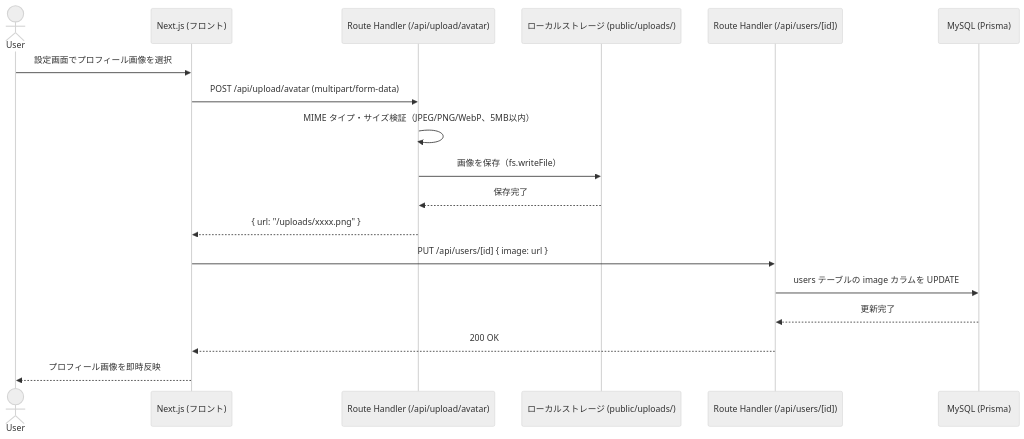
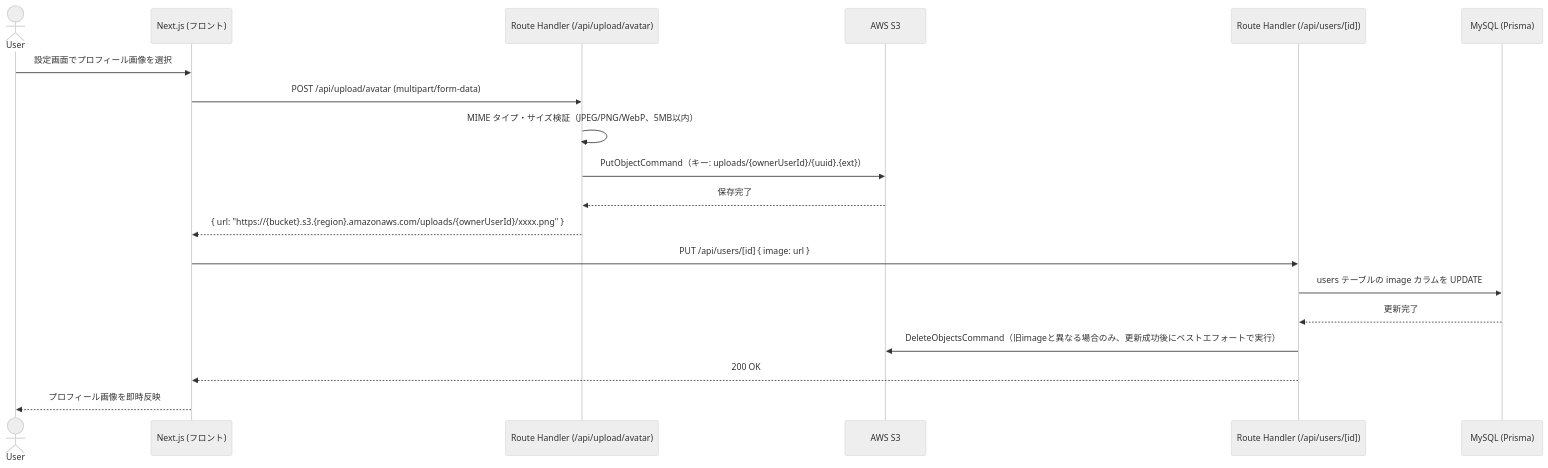
The seventh of 10 diagrams in docs/シーケンス図.md (saki-nakata/TripDiary), drawn with Mermaid (neutral theme) before and after one commit. The commit also changed other lines of this file and 50 other files, not shown here.

````diff
--- a/docs/シーケンス図.md
+++ b/docs/シーケンス図.md
@@ -222,21 +226,22 @@
 ```mermaid
 sequenceDiagram
     actor User
     participant FE as Next.js (フロント)
     participant UploadAPI as Route Handler (/api/upload/avatar)
-    participant Storage as ローカルストレージ (public/uploads/)
+    participant Storage as AWS S3
     participant UserAPI as Route Handler (/api/users/[id])
     participant DB as MySQL (Prisma)
 
     User->>FE: 設定画面でプロフィール画像を選択
     FE->>UploadAPI: POST /api/upload/avatar (multipart/form-data)
     UploadAPI->>UploadAPI: MIME タイプ・サイズ検証（JPEG/PNG/WebP、5MB以内）
-    UploadAPI->>Storage: 画像を保存（fs.writeFile）
+    UploadAPI->>Storage: PutObjectCommand（キー: uploads/{ownerUserId}/{uuid}.{ext}）
     Storage-->>UploadAPI: 保存完了
-    UploadAPI-->>FE: { url: "/uploads/xxxx.png" }
+    UploadAPI-->>FE: { url: "https://{bucket}.s3.{region}.amazonaws.com/uploads/{ownerUserId}/xxxx.png" }
     FE->>UserAPI: PUT /api/users/[id] { image: url }
     UserAPI->>DB: users テーブルの image カラムを UPDATE
     DB-->>UserAPI: 更新完了
+    UserAPI->>Storage: DeleteObjectsCommand（旧imageと異なる場合のみ、更新成功後にベストエフォートで実行）
     UserAPI-->>FE: 200 OK
     FE-->>User: プロフィール画像を即時反映
 ```
````
